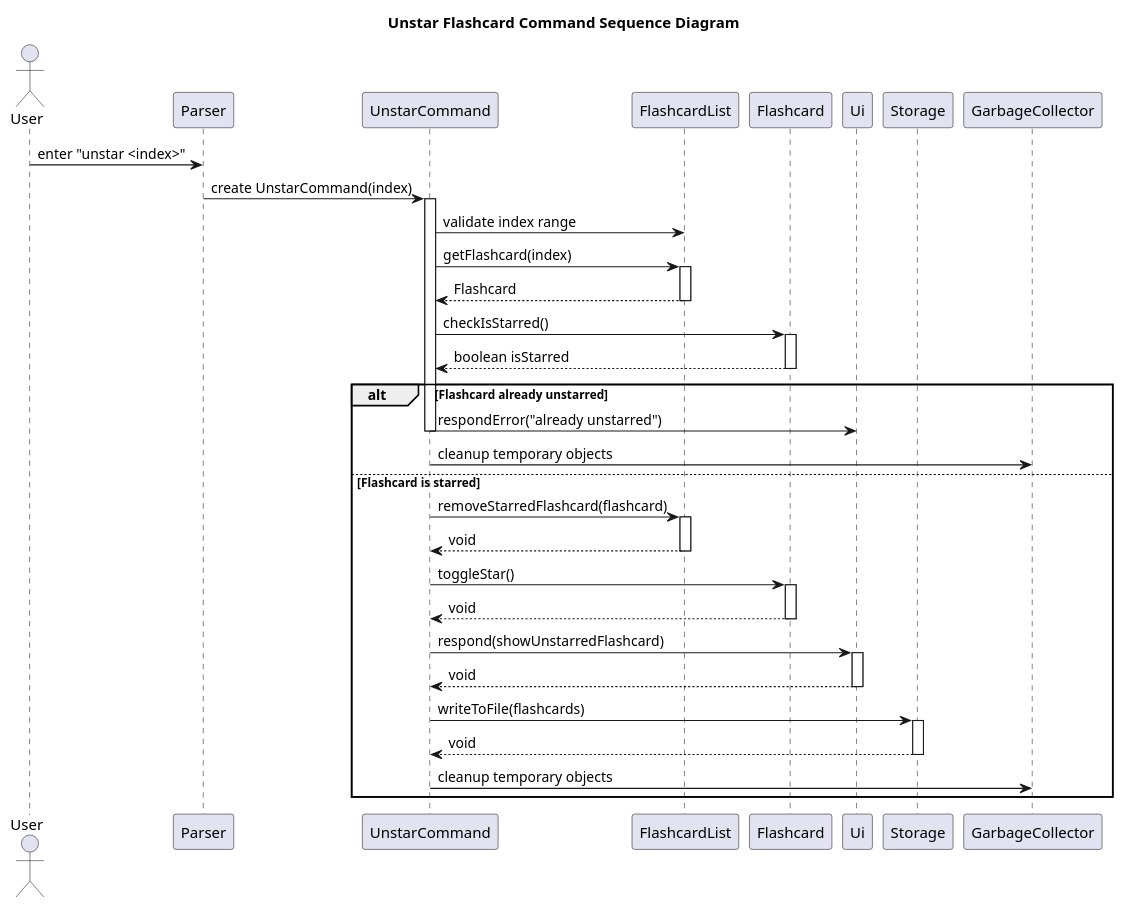
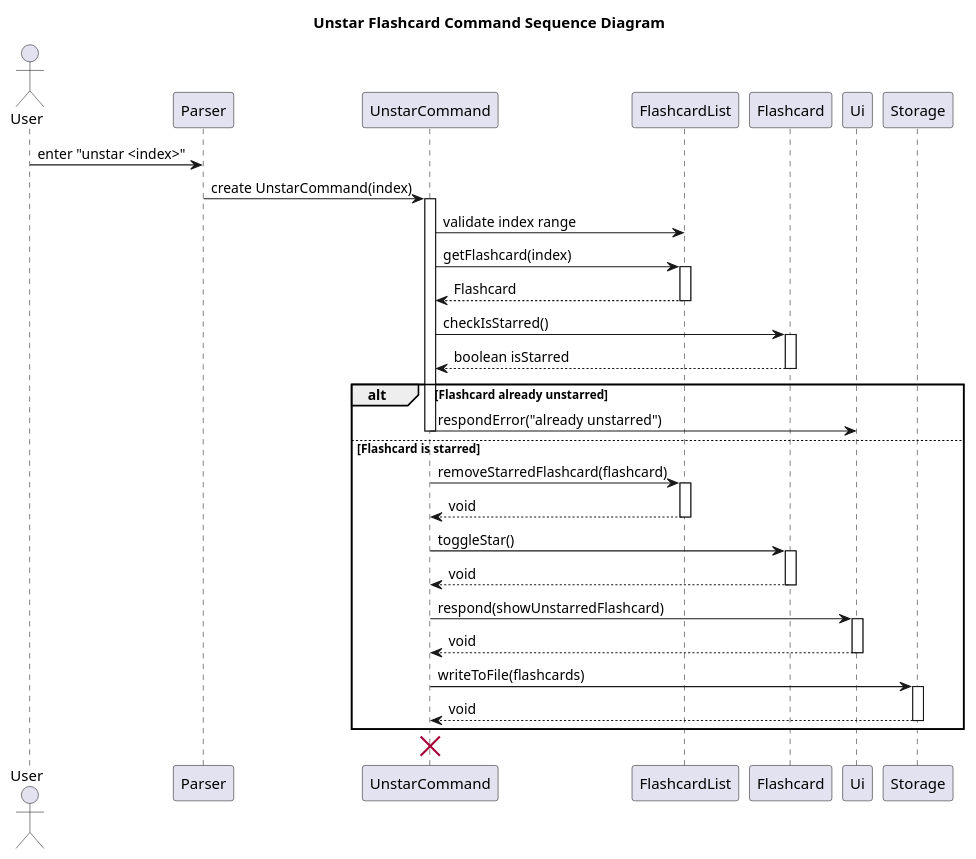
One commit to ashutoshalung/tp changed the diagram in docs/diagrams/UnstarFlashcardFeature_Overall.puml. Above: the diagram before and after it, drawn with PlantUML. The commit also changed other lines of this file, not shown here.

Commit message:
Edit Unstar feature diagram

```diff
--- a/docs/diagrams/UnstarFlashcardFeature_Overall.puml
+++ b/docs/diagrams/UnstarFlashcardFeature_Overall.puml
@@ -2,57 +1,54 @@
 @startuml
 title Unstar Flashcard Command Sequence Diagram
 
 actor User
 participant Parser
 participant UnstarCommand
 participant FlashcardList
 participant Flashcard
 participant Ui
 participant Storage
-participant GarbageCollector
 
 User -> Parser : enter "unstar <index>"
 Parser -> UnstarCommand : create UnstarCommand(index)
 
 activate UnstarCommand
 UnstarCommand -> FlashcardList : validate index range
 UnstarCommand -> FlashcardList : getFlashcard(index)
 activate FlashcardList
 FlashcardList --> UnstarCommand : Flashcard
 deactivate FlashcardList
 
 UnstarCommand -> Flashcard : checkIsStarred()
 activate Flashcard
 Flashcard --> UnstarCommand : boolean isStarred
 deactivate Flashcard
 
 alt Flashcard already unstarred
     UnstarCommand -> Ui : respondError("already unstarred")
     deactivate UnstarCommand
-    GarbageCollector <- UnstarCommand : cleanup temporary objects
 else Flashcard is starred
     UnstarCommand -> FlashcardList : removeStarredFlashcard(flashcard)
     activate FlashcardList
     FlashcardList --> UnstarCommand : void
     deactivate FlashcardList
 
     UnstarCommand -> Flashcard : toggleStar()
     activate Flashcard
     Flashcard --> UnstarCommand : void
     deactivate Flashcard
 
     UnstarCommand -> Ui : respond(showUnstarredFlashcard)
     activate Ui
     Ui --> UnstarCommand : void
     deactivate Ui
 
     UnstarCommand -> Storage : writeToFile(flashcards)
     activate Storage
     Storage --> UnstarCommand : void
     deactivate Storage
-
-    GarbageCollector <- UnstarCommand : cleanup temporary objects
 end
 
-deactivate UnstarCommand
+destroy UnstarCommand
+
 @enduml
```
